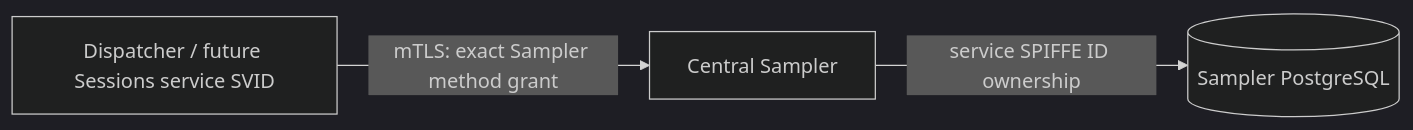
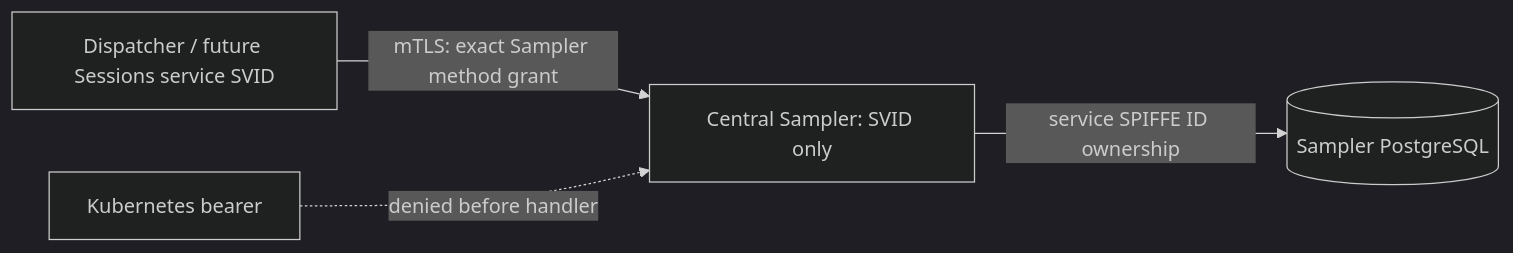
One commit to agentydragon/ducktape changed the fifth of 18 diagrams in agentplane/docs/system_overview.md. Above: the diagram before and after it, drawn with Mermaid (dark theme). The commit also changed other lines of this file and 4 other files, not shown here.

Commit message:
Document sampler SVID boundary and mark retired settings

````diff
--- a/agentplane/docs/system_overview.md
+++ b/agentplane/docs/system_overview.md
@@ -461,5 +461,6 @@
 ```mermaid
 flowchart LR
-    sessions[Dispatcher / future Sessions service SVID] -->|mTLS: exact Sampler method grant| sampler[Central Sampler]
+    sessions[Dispatcher / future Sessions service SVID] -->|mTLS: exact Sampler method grant| sampler[Central Sampler: SVID only]
+    bearer[Kubernetes bearer] -.->|denied before handler| sampler
     sampler -->|service SPIFFE ID ownership| db[(Sampler PostgreSQL)]
 ```
````
